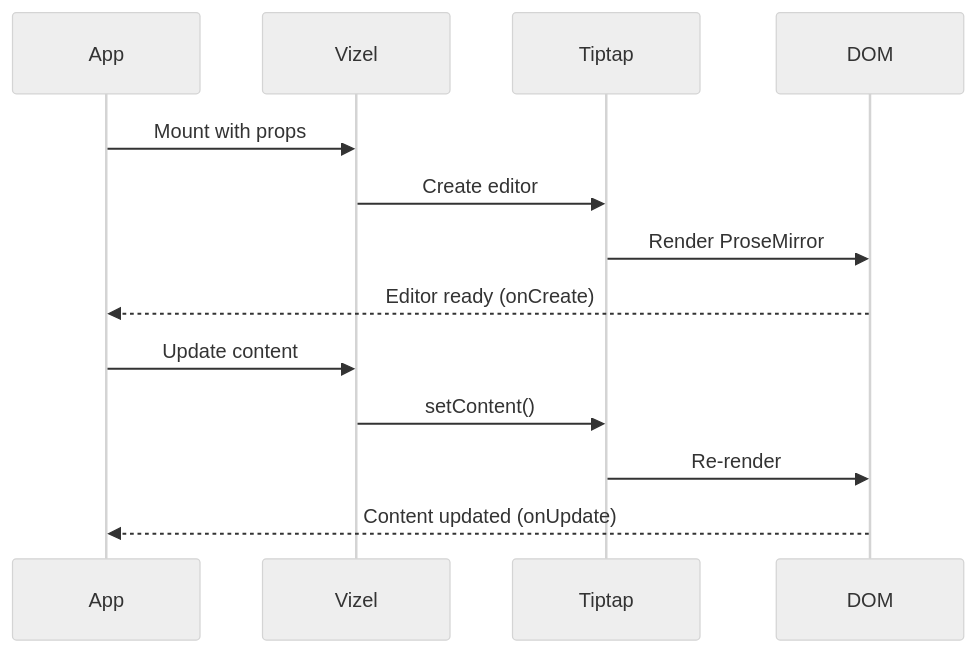
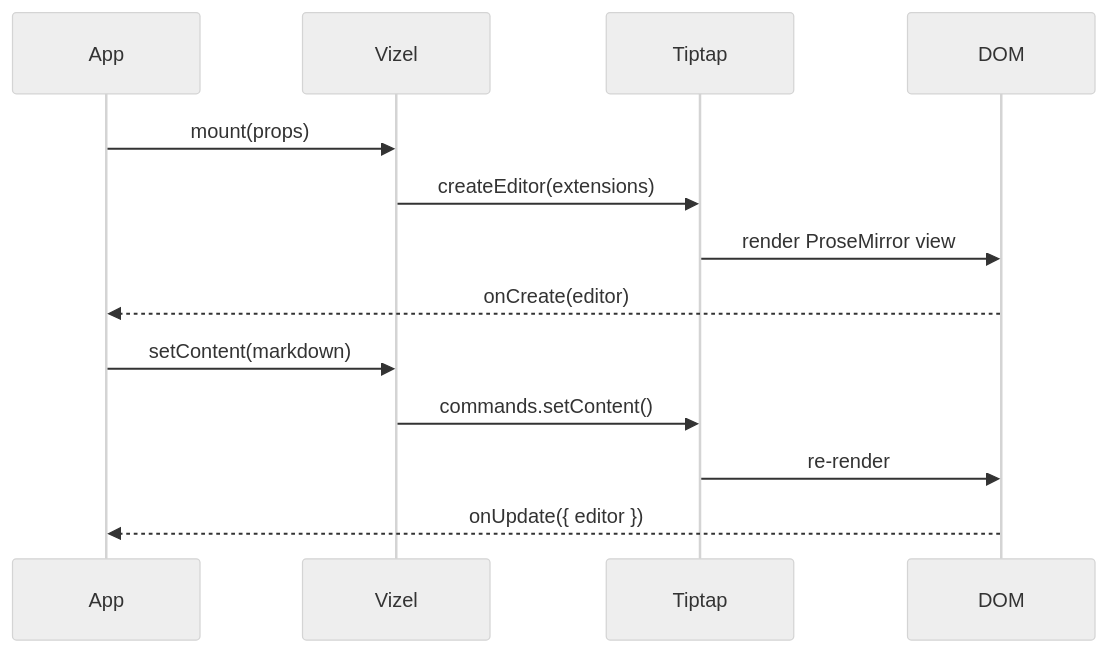
Before and after one commit to seijikohara/vizel: the second of 3 diagrams in apps/demo/shared/content-gfm.md, drawn with Mermaid (neutral theme). The commit also changed other lines of this file and 12 other files, not shown here.

````diff
--- a/apps/demo/shared/content-gfm.md
+++ b/apps/demo/shared/content-gfm.md
@@ -210,16 +261,16 @@
 ```mermaid
 sequenceDiagram
     participant App
     participant Vizel
     participant Tiptap
     participant DOM
 
-    App->>Vizel: Mount with props
-    Vizel->>Tiptap: Create editor
-    Tiptap->>DOM: Render ProseMirror
-    DOM-->>App: Editor ready (onCreate)
-    App->>Vizel: Update content
-    Vizel->>Tiptap: setContent()
-    Tiptap->>DOM: Re-render
-    DOM-->>App: Content updated (onUpdate)
+    App->>Vizel: mount(props)
+    Vizel->>Tiptap: createEditor(extensions)
+    Tiptap->>DOM: render ProseMirror view
+    DOM-->>App: onCreate(editor)
+    App->>Vizel: setContent(markdown)
+    Vizel->>Tiptap: commands.setContent()
+    Tiptap->>DOM: re-render
+    DOM-->>App: onUpdate({ editor })
 ```
````
